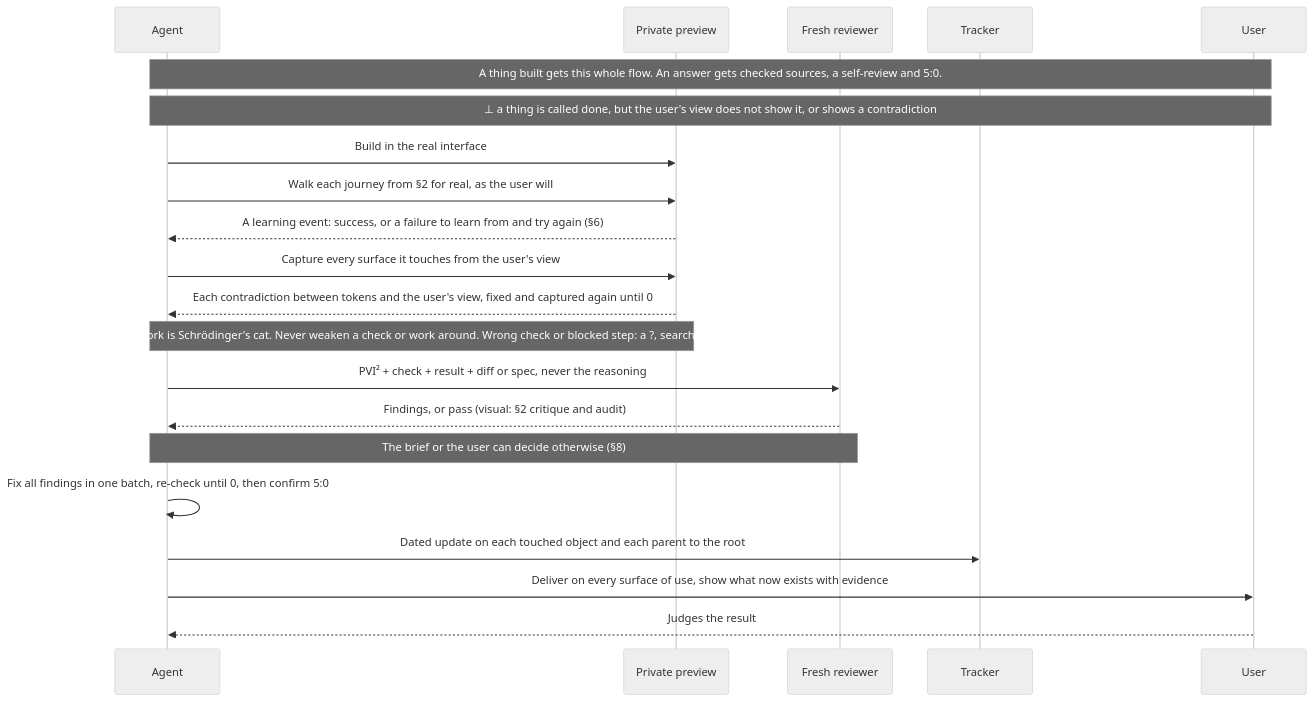
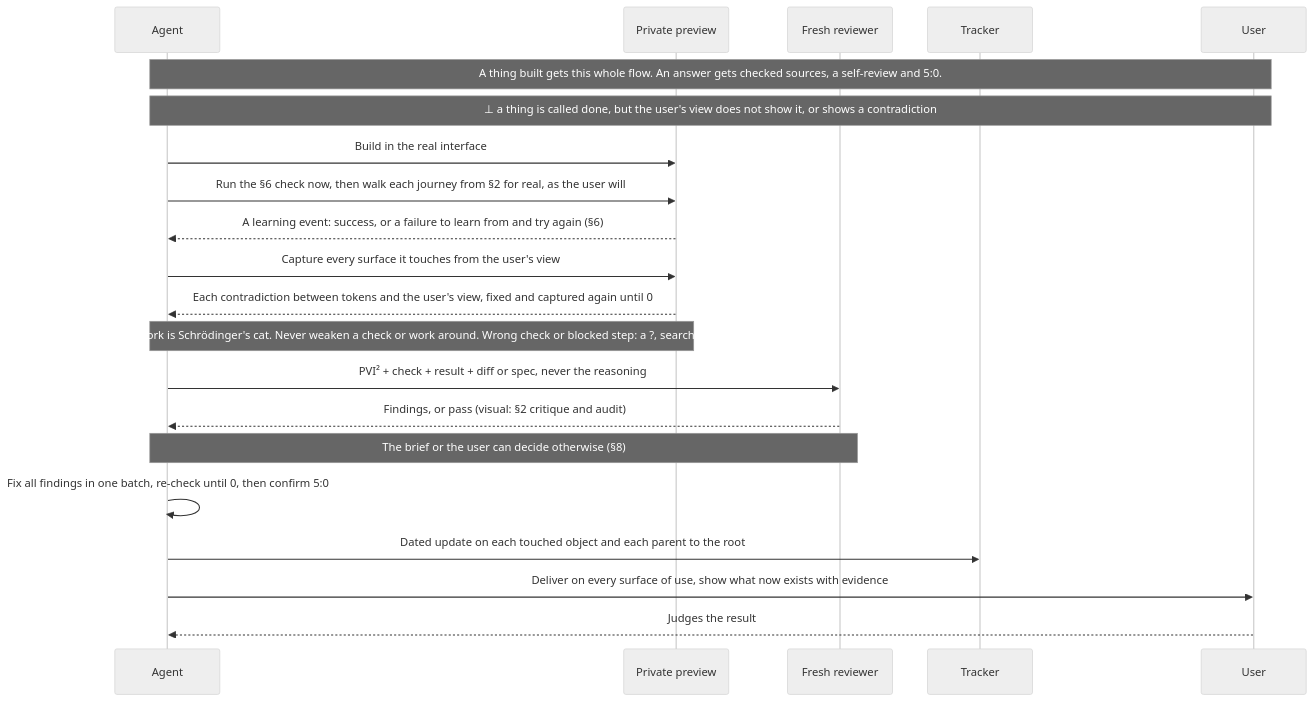
Diagram 11 of 14 in AGENTS.md (SolenixAI/arbiter), drawn with Mermaid (neutral theme) before and after one commit. The commit also changed other lines of this file and 1 other file, not shown here.

First line of the commit message:
fix(agents): done requires the §6 check and the real walk; link frontier searches (#50)

````diff
--- a/AGENTS.md
+++ b/AGENTS.md
@@ -526,23 +528,23 @@
 ```mermaid
 sequenceDiagram
   participant A as Agent
   participant P as Private preview
   participant R as Fresh reviewer
   participant T as Tracker
   participant U as User
   Note over A,U: A thing built gets this whole flow. An answer gets checked sources, a self-review and 5:0.
   Note over A,U: ⊥ a thing is called done, but the user's view does not show it, or shows a contradiction
   A->>P: Build in the real interface
-  A->>P: Walk each journey from §2 for real, as the user will
+  A->>P: Run the §6 check now, then walk each journey from §2 for real, as the user will
   P-->>A: A learning event: success, or a failure to learn from and try again (§6)
   A->>P: Capture every surface it touches from the user's view
   P-->>A: Each contradiction between tokens and the user's view, fixed and captured again until 0
   Note over A,P: Unobserved work is Schrödinger's cat. Never weaken a check or work around. Wrong check or blocked step: a ?, search its recipe (§12)
   A->>R: PVI² + check + result + diff or spec, never the reasoning
   R-->>A: Findings, or pass (visual: §2 critique and audit)
   Note over A,R: The brief or the user can decide otherwise (§8)
   A->>A: Fix all findings in one batch, re-check until 0, then confirm 5:0
   A->>T: Dated update on each touched object and each parent to the root
   A->>U: Deliver on every surface of use, show what now exists with evidence
   U-->>A: Judges the result
 ```
````
